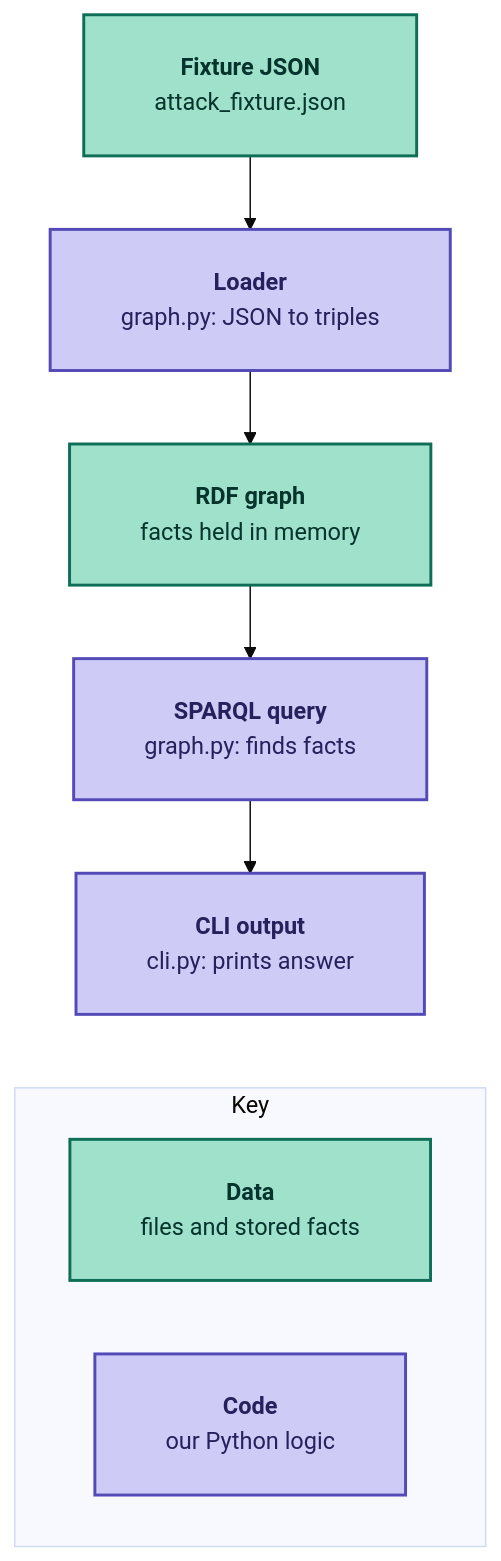
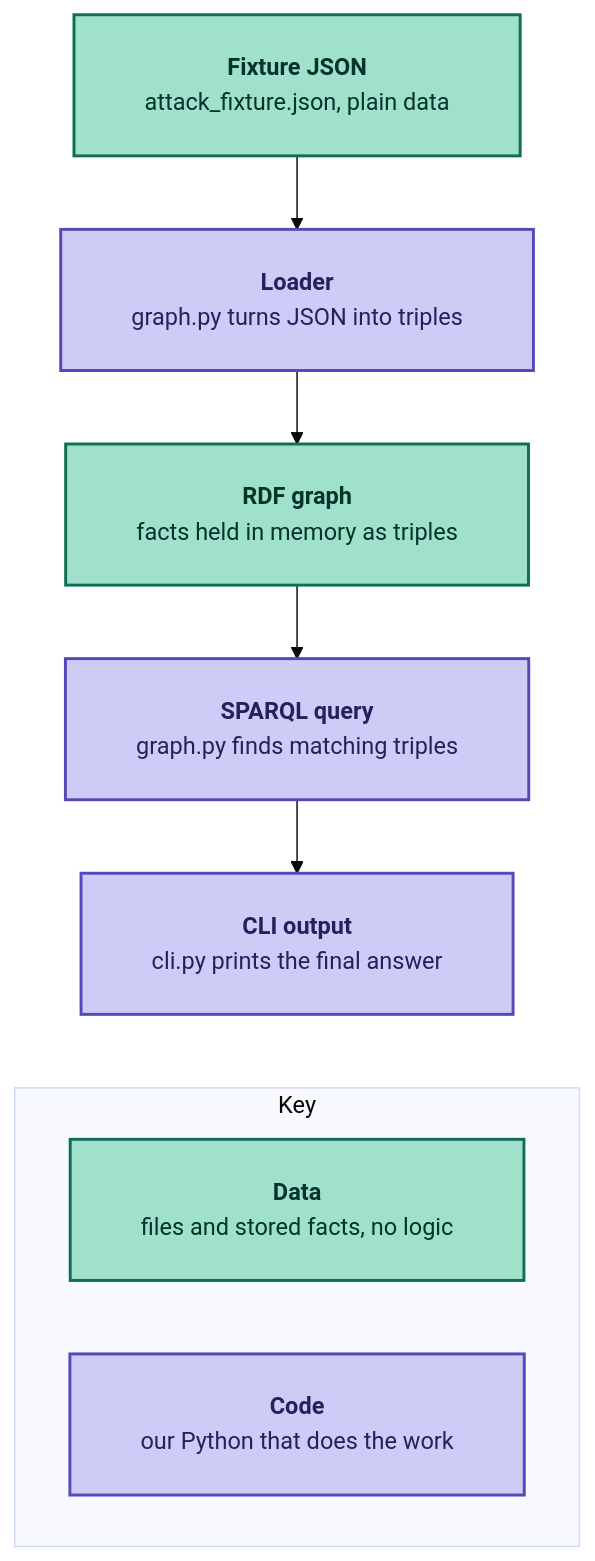
Before and after one commit to jbb-codes/attack-graph-rag: the diagram in docs/learning/issue-02-fixture-graph-cli.md, drawn with Mermaid (base theme).

Commit message:
docs(learning): restore full box text and drop HTML tags from the diagram
- Use Mermaid Markdown labels instead of <b> and <br/>, which showed as raw text
- Restore the explanatory one-line description in each box
- Let Mermaid wrap long labels instead of shortening them

````diff
--- a/docs/learning/issue-02-fixture-graph-cli.md
+++ b/docs/learning/issue-02-fixture-graph-cli.md
@@ -9,23 +9,30 @@
 ```mermaid
 ---
 config:
   flowchart:
     padding: 24
-    wrappingWidth: 300
+    wrappingWidth: 260
 ---
 flowchart TD
-  A["<b>Fixture JSON</b><br/>attack_fixture.json"] --> B["<b>Loader</b><br/>graph.py: JSON to triples"]
-  B --> C["<b>RDF graph</b><br/>facts held in memory"]
-  C --> D["<b>SPARQL query</b><br/>graph.py: finds facts"]
-  D --> E["<b>CLI output</b><br/>cli.py: prints answer"]
+  A["`**Fixture JSON**
+  attack_fixture.json, plain data`"] --> B["`**Loader**
+  graph.py turns JSON into triples`"]
+  B --> C["`**RDF graph**
+  facts held in memory as triples`"]
+  C --> D["`**SPARQL query**
+  graph.py finds matching triples`"]
+  D --> E["`**CLI output**
+  cli.py prints the final answer`"]
   subgraph Key
     direction LR
-    K1["<b>Data</b><br/>files and stored facts"]
-    K2["<b>Code</b><br/>our Python logic"]
+    K1["`**Data**
+    files and stored facts, no logic`"]
+    K2["`**Code**
+    our Python that does the work`"]
   end
   E ~~~ K1
   classDef data fill:#9FE1CB,stroke:#0F6E56,stroke-width:2px,color:#04342C
   classDef code fill:#CECBF6,stroke:#534AB7,stroke-width:2px,color:#26215C
   class A,C,K1 data
   class B,D,E,K2 code
 ```
````
